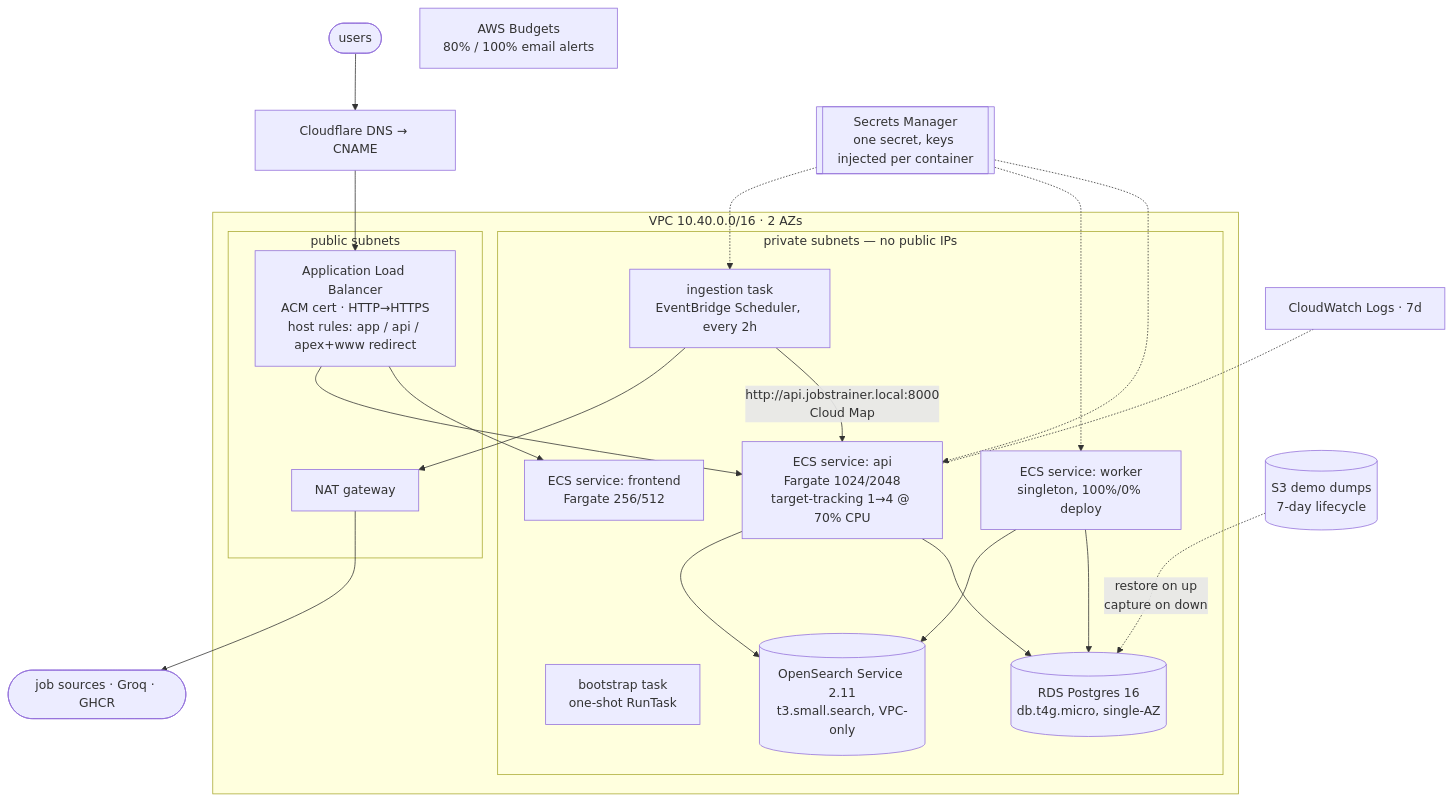
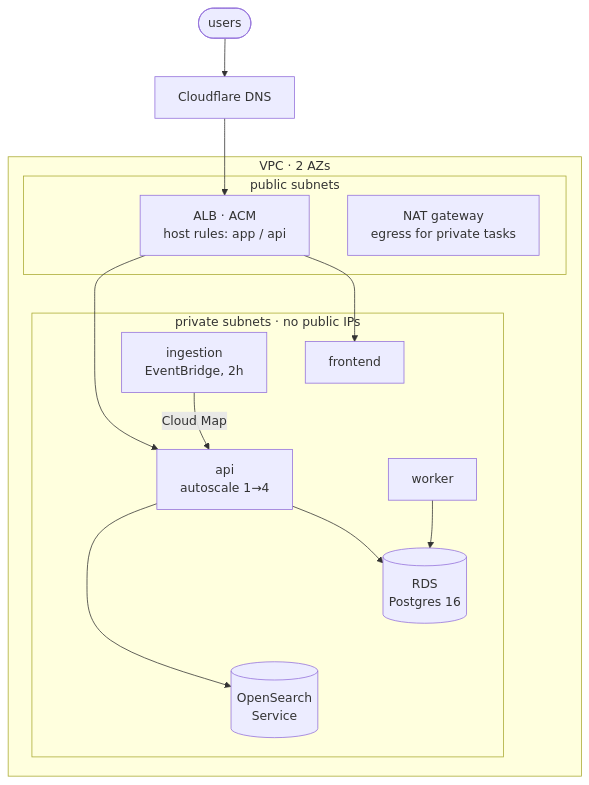
Before and after one commit to LorenzoSchiroli/jobstrainer: the seventh of 7 diagrams in README.md, drawn with Mermaid. The commit also changed other lines of this file, not shown here.

````diff
--- a/README.md
+++ b/README.md
@@ -277,37 +279,29 @@
 ```mermaid
 flowchart TB
-    U(["users"]) --> CF["Cloudflare DNS → CNAME"]
-    CF --> ALB["Application Load Balancer<br/>ACM cert · HTTP→HTTPS<br/>host rules: app / api / apex+www redirect"]
+    U(["users"]) --> CF["Cloudflare DNS"]
+    CF --> ALB["ALB · ACM<br/>host rules: app / api"]
 
-    subgraph VPC["VPC 10.40.0.0/16 · 2 AZs"]
+    subgraph VPC["VPC · 2 AZs"]
         subgraph PUB["public subnets"]
             ALB
-            NAT["NAT gateway"]
+            NAT["NAT gateway<br/>egress for private tasks"]
         end
-        subgraph PRIV["private subnets — no public IPs"]
-            FEP["ECS service: frontend<br/>Fargate 256/512"]
-            APIP["ECS service: api<br/>Fargate 1024/2048<br/>target-tracking 1→4 @ 70% CPU"]
-            WK["ECS service: worker<br/>singleton, 100%/0% deploy"]
-            ING["ingestion task<br/>EventBridge Scheduler, every 2h"]
-            BOOT["bootstrap task<br/>one-shot RunTask"]
-            RDS[("RDS Postgres 16<br/>db.t4g.micro, single-AZ")]
-            OSD[("OpenSearch Service 2.11<br/>t3.small.search, VPC-only")]
+        subgraph PRIV["private subnets · no public IPs"]
+            FE["frontend"]
+            AP["api<br/>autoscale 1→4"]
+            ING["ingestion<br/>EventBridge, 2h"]
+            WK["worker"]
+            RDS[("RDS<br/>Postgres 16")]
+            OSD[("OpenSearch<br/>Service")]
         end
     end
 
-    ALB --> FEP
-    ALB --> APIP
-    APIP --> RDS
-    APIP --> OSD
+    ALB --> FE
+    ALB --> AP
+    ING -->|"Cloud Map"| AP
+    AP --> RDS
+    AP --> OSD
     WK --> RDS
-    WK --> OSD
-    ING -->|"http://api.jobstrainer.local:8000<br/>Cloud Map"| APIP
-    ING --> NAT
-    NAT --> INET(["job sources · Groq · GHCR"])
-    SM[["Secrets Manager<br/>one secret, keys injected per container"]] -.-> APIP
-    SM -.-> WK
-    SM -.-> ING
-    S3[("S3 demo dumps<br/>7-day lifecycle")] -.->|"restore on up<br/>capture on down"| RDS
-    CW["CloudWatch Logs · 7d"] -.- APIP
-    BUD["AWS Budgets<br/>80% / 100% email alerts"]
+    FE ~~~ AP
+    RDS ~~~ OSD
 ```
````
